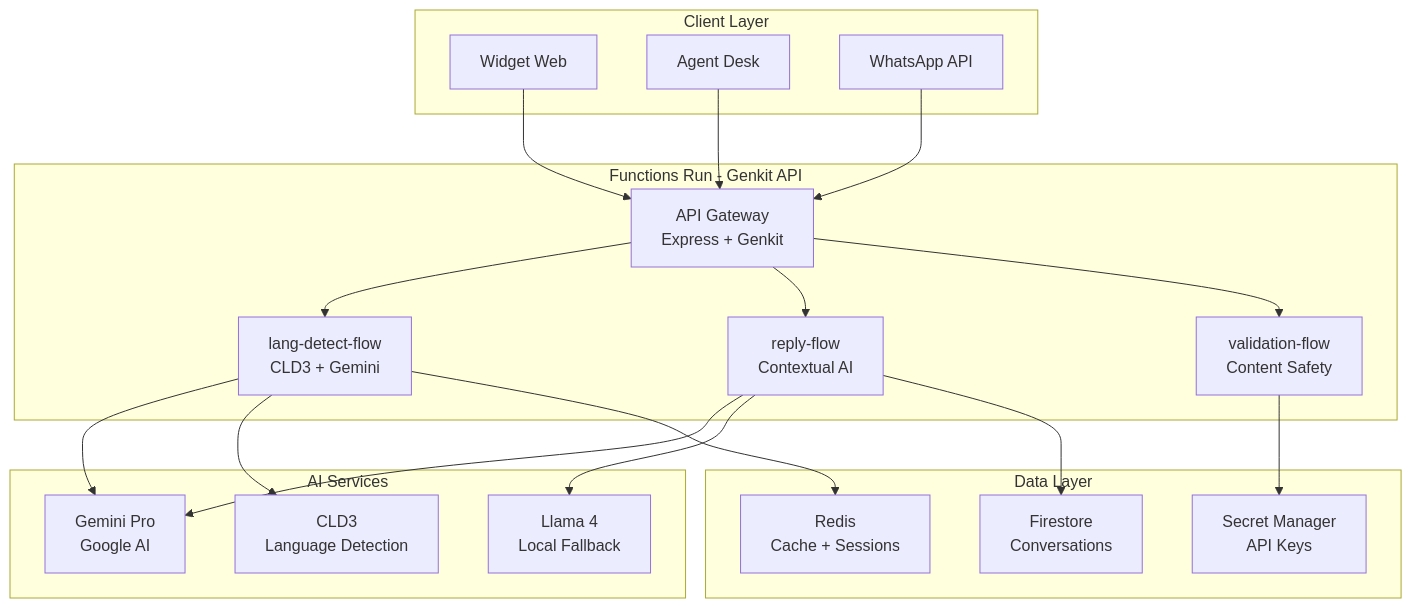
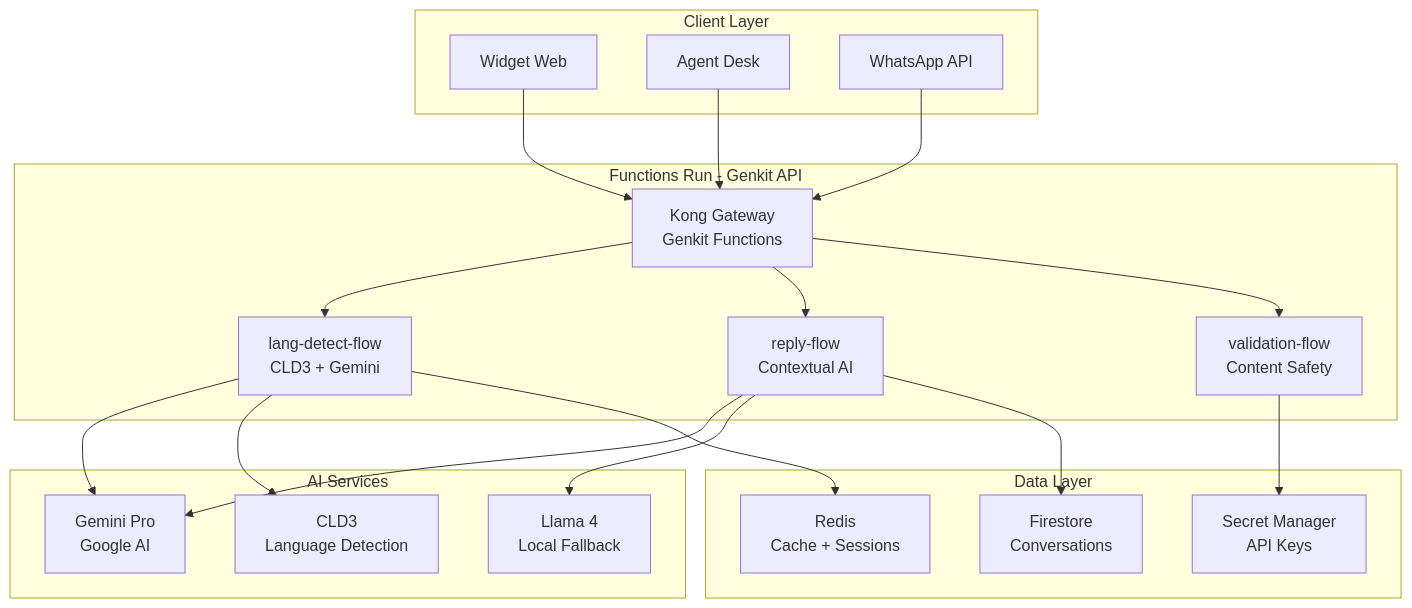
Before and after one commit to SalamBot-Org/salambot-suite: the diagram in apps/functions-run/README.md, drawn with Mermaid. The commit also changed other lines of this file and 23 other files, not shown here.

First line of the commit message:
refactor(gateway): remove old API Gateway logic and prepare for Kong migration

````diff
--- a/apps/functions-run/README.md
+++ b/apps/functions-run/README.md
@@ -38,49 +38,49 @@
 ```mermaid
 graph TB
     subgraph "Client Layer"
         WW[Widget Web]
         AD[Agent Desk]
         WA[WhatsApp API]
     end
 
     subgraph "Functions Run - Genkit API"
-        GW[API Gateway<br/>Express + Genkit]
+        GW[Kong Gateway<br/>Genkit Functions]
         LDF[lang-detect-flow<br/>CLD3 + Gemini]
         RF[reply-flow<br/>Contextual AI]
         VF[validation-flow<br/>Content Safety]
     end
 
     subgraph "AI Services"
         GM[Gemini Pro<br/>Google AI]
         CLD[CLD3<br/>Language Detection]
         LL[Llama 4<br/>Local Fallback]
     end
 
     subgraph "Data Layer"
         FS[Firestore<br/>Conversations]
         RD[Redis<br/>Cache + Sessions]
         SM[Secret Manager<br/>API Keys]
     end
 
     WW --> GW
     AD --> GW
     WA --> GW
 
     GW --> LDF
     GW --> RF
     GW --> VF
 
     LDF --> GM
     LDF --> CLD
     RF --> GM
     RF --> LL
 
     LDF --> RD
     RF --> FS
     VF --> SM
 
     classDef client fill:#e1f5fe
     classDef api fill:#f3e5f5
     classDef ai fill:#fff3e0
     classDef data fill:#e8f5e8
 ```
````
